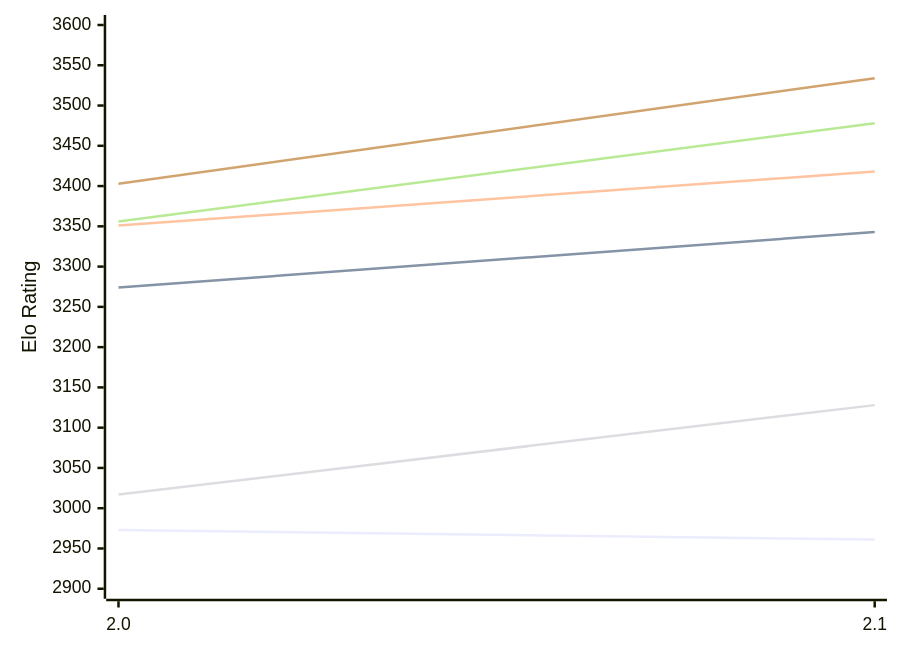
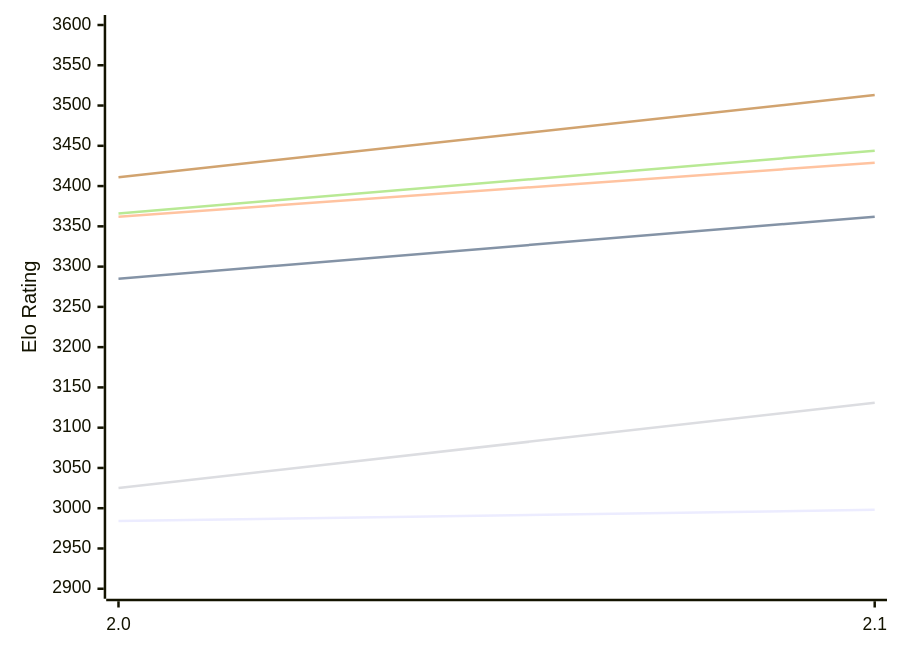
Before and after one commit to computer-chess-index/cci: the first of 2 diagrams in engines/Onslaught.md, drawn with Mermaid. The commit also changed other lines of this file, not shown here.

Commit message:
Update CCI Ratings (ELO VLTC) - 2026-10-25

````diff
--- a/engines/Onslaught.md
+++ b/engines/Onslaught.md
@@ -50,12 +50,12 @@
 ```mermaid
 %%{init: {"theme":"base","themeVariables":{"seriesColors:['#a3a3a3','#222221','#faa371']}}}%%
 xychart-beta
   x-axis ["2.0", "2.1"]
   y-axis "Elo Rating" 2900 --> 3600
-  line "E1: STC (8.0+0.08s)" [2973, 2961]
-  line "E1: LTC (60.0+0.60s)" [3274, 3343]
-  line "E1: VLTC (2m24s+1.12s)" [3351, 3418]
-  line "P1: STC (8.0+0.08s)" [3017, 3128]
-  line "P1: LTC (60.0+0.60s)" [3356, 3478]
-  line "P1: VLTC (2m24s+1.12s)" [3403, 3534]
+  line "E1: STC (8.0+0.08s)" [2984, 2998]
+  line "E1: LTC (60.0+0.60s)" [3285, 3362]
+  line "E1: VLTC (2m24s+1.12s)" [3362, 3429]
+  line "P1: STC (8.0+0.08s)" [3025, 3131]
+  line "P1: LTC (60.0+0.60s)" [3366, 3444]
+  line "P1: VLTC (2m24s+1.12s)" [3411, 3513]
 ```
````
